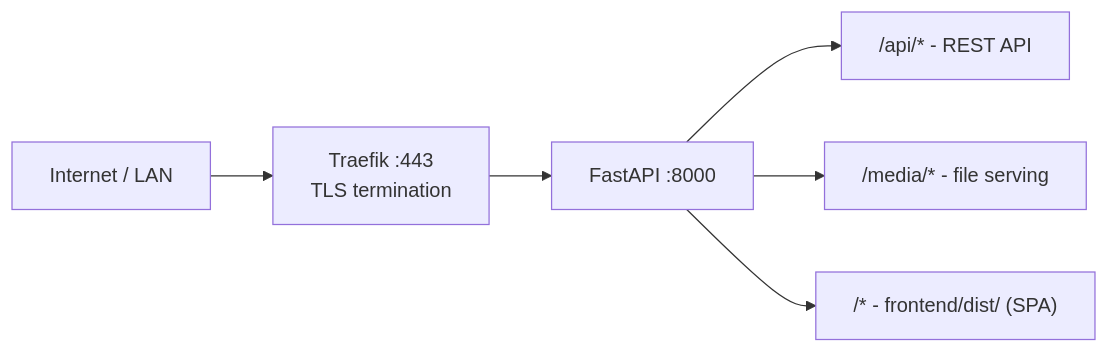
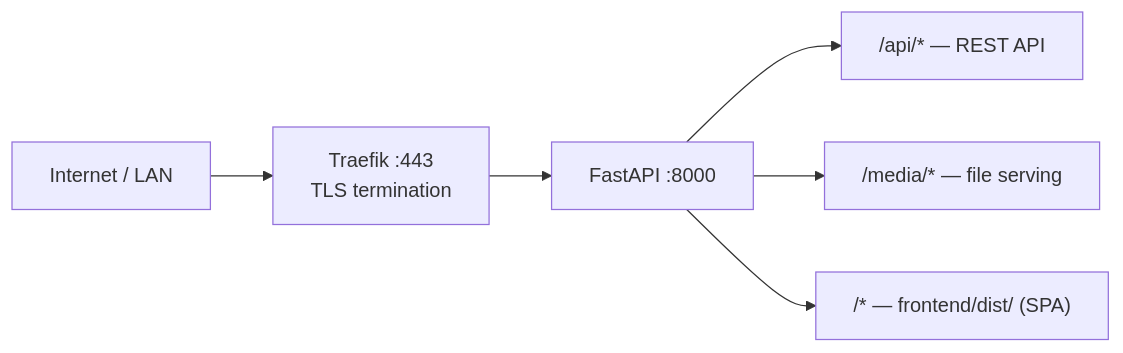
The second of 2 diagrams in README.md (Metaphysic-ai/brahmahub), drawn with Mermaid before and after one commit. The commit also changed other lines of this file and 3 other files, not shown here.

````diff
--- a/README.md
+++ b/README.md
@@ -256,9 +92,9 @@
 ```mermaid
 graph LR
     A[Internet / LAN] --> B["Traefik :443
     TLS termination"]
     B --> C["FastAPI :8000"]
-    C --> D["/api/* - REST API"]
-    C --> E["/media/* - file serving"]
-    C --> F["/* - frontend/dist/ (SPA)"]
+    C --> D["/api/* — REST API"]
+    C --> E["/media/* — file serving"]
+    C --> F["/* — frontend/dist/ (SPA)"]
 ```
````
